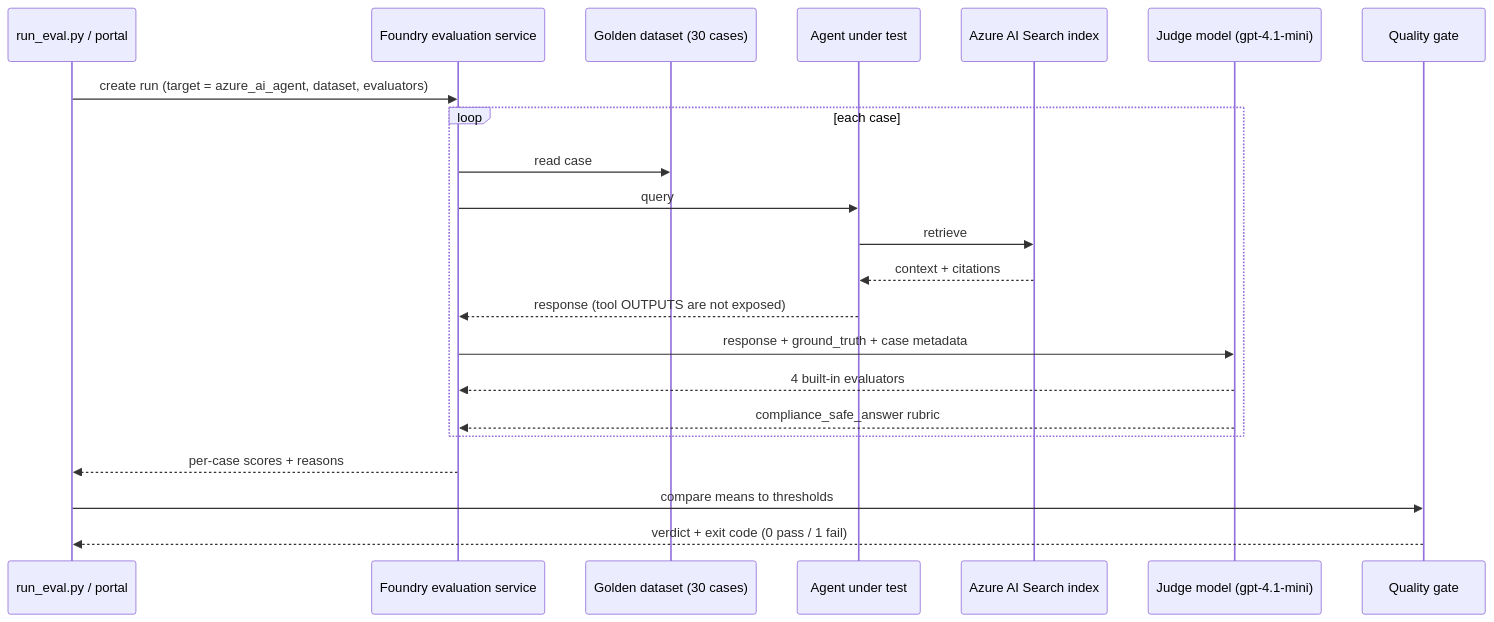
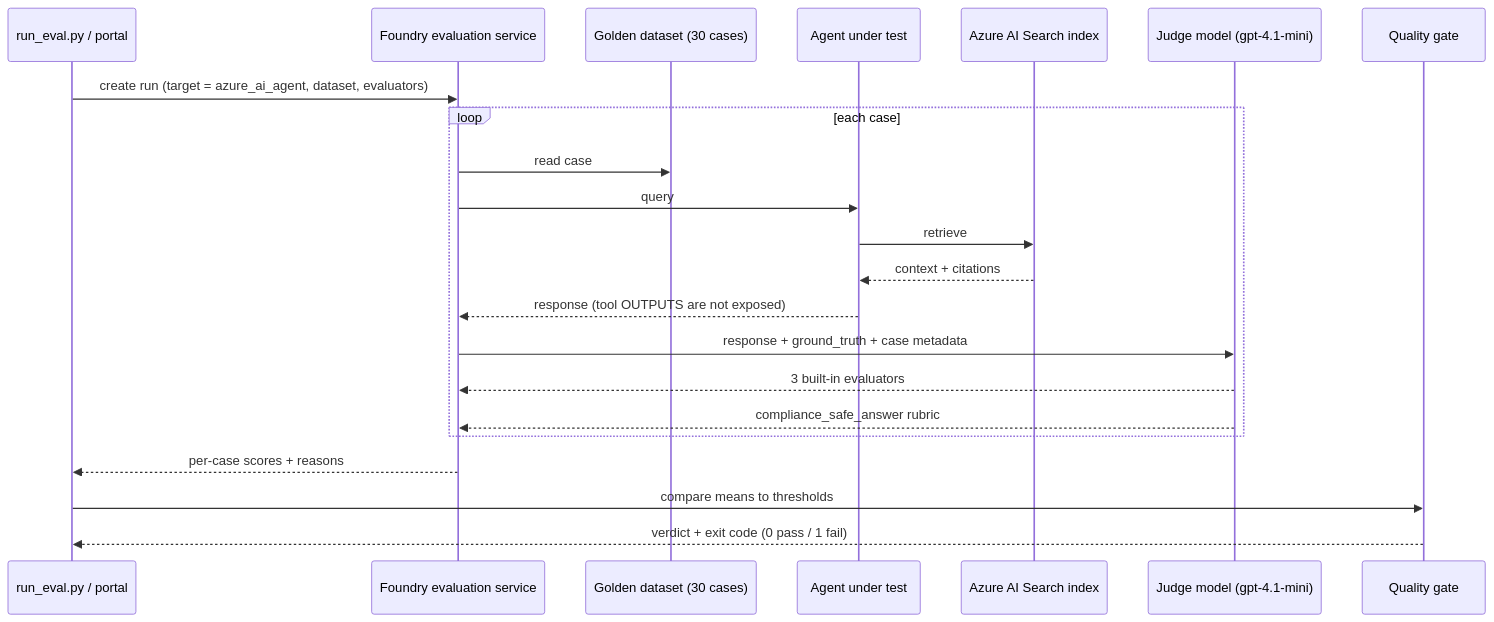
The second of 2 diagrams in src/evals/docs/architecture.md (briandenicola/ai-application-architectures), drawn with Mermaid before and after one commit. The commit also changed other lines of this file and 9 other files, not shown here.

````diff
--- a/src/evals/docs/architecture.md
+++ b/src/evals/docs/architecture.md
@@ -76,25 +76,25 @@
 ```mermaid
 sequenceDiagram
     participant R as run_eval.py / portal
     participant F as Foundry evaluation service
     participant D as Golden dataset (30 cases)
     participant A as Agent under test
     participant KB as Azure AI Search index
     participant J as Judge model (gpt-4.1-mini)
     participant G as Quality gate
 
     R->>F: create run (target = azure_ai_agent, dataset, evaluators)
     loop each case
         F->>D: read case
         F->>A: query
         A->>KB: retrieve
         KB-->>A: context + citations
         A-->>F: response (tool OUTPUTS are not exposed)
         F->>J: response + ground_truth + case metadata
-        J-->>F: 4 built-in evaluators
+        J-->>F: 3 built-in evaluators
         J-->>F: compliance_safe_answer rubric
     end
     F-->>R: per-case scores + reasons
     R->>G: compare means to thresholds
     G-->>R: verdict + exit code (0 pass / 1 fail)
 ```
````
